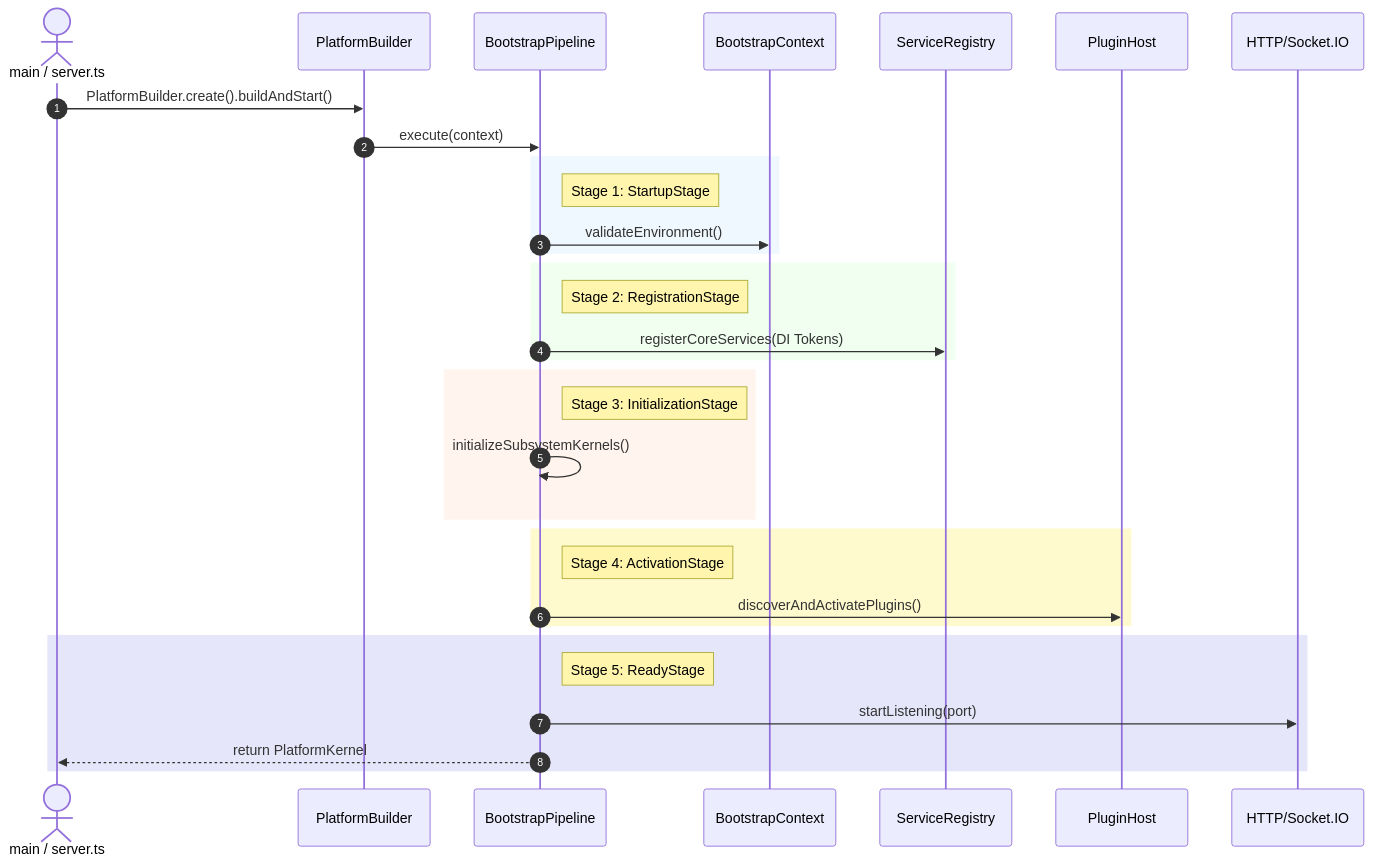
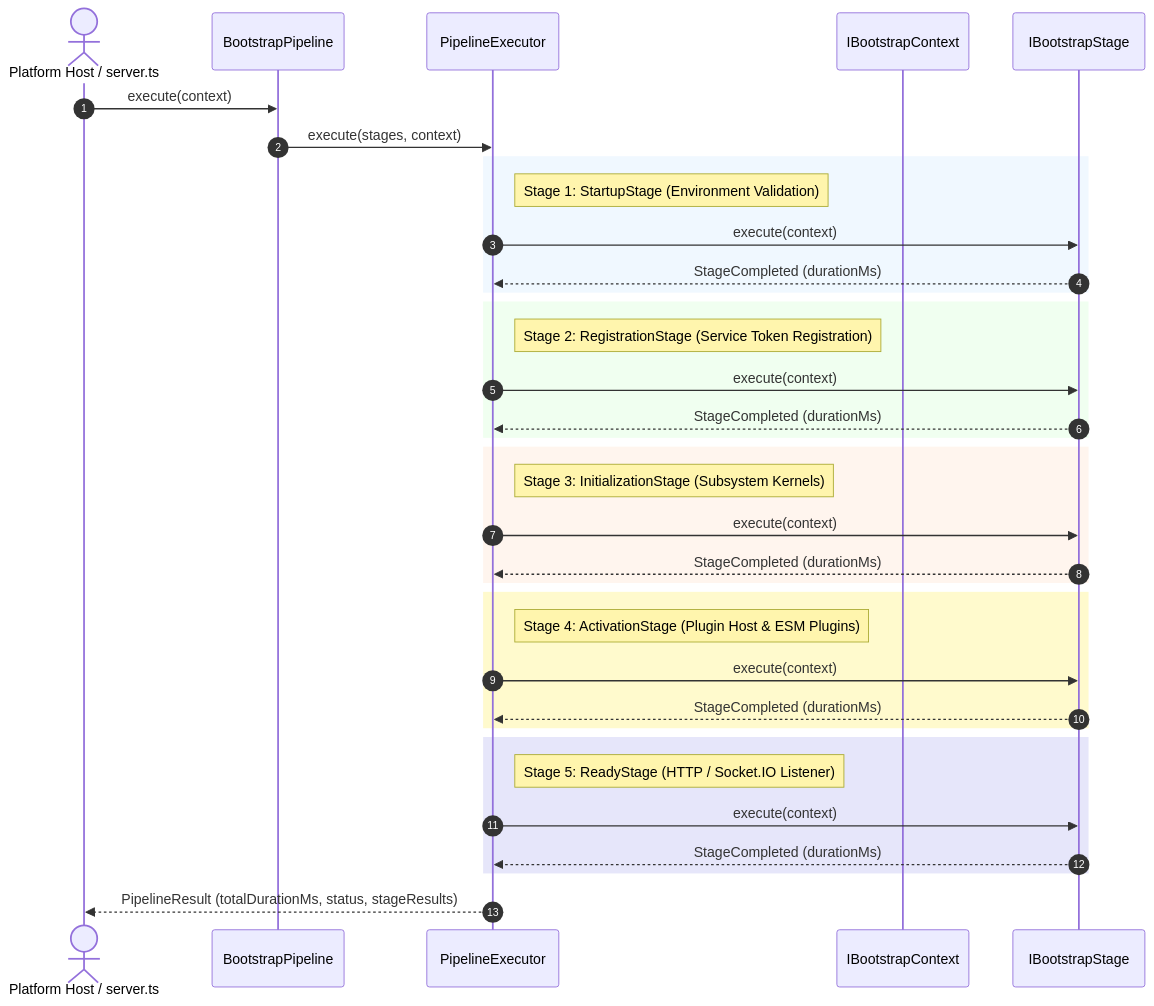
The diagram in docs/Bootstrap Pipeline.md (aymwoo/OpenLearn-Next-V2), drawn with Mermaid before and after one commit. The commit also changed other lines of this file and 8 other files, not shown here.

Commit message:
feat(kernel): implement bootstrap pipeline (PI-003)

````diff
--- a/docs/Bootstrap Pipeline.md
+++ b/docs/Bootstrap Pipeline.md
@@ -11,40 +13,44 @@
 ```mermaid
 sequenceDiagram
     autonumber
-    actor CLI as main / server.ts
-    participant Builder as PlatformBuilder
+    actor CLI as Platform Host / server.ts
     participant Pipeline as BootstrapPipeline
-    participant Context as BootstrapContext
-    participant Registry as ServiceRegistry
-    participant Plugins as PluginHost
-    participant Server as HTTP/Socket.IO
+    participant Executor as PipelineExecutor
+    participant Context as IBootstrapContext
+    participant Stage as IBootstrapStage
 
-    CLI->>Builder: PlatformBuilder.create().buildAndStart()
-    Builder->>Pipeline: execute(context)
+    CLI->>Pipeline: execute(context)
+    Pipeline->>Executor: execute(stages, context)
 
     rect rgb(240, 248, 255)
-        note right of Pipeline: Stage 1: StartupStage
-        Pipeline->>Context: validateEnvironment()
+        note right of Executor: Stage 1: StartupStage (Environment Validation)
+        Executor->>Stage: execute(context)
+        Stage-->>Executor: StageCompleted (durationMs)
     end
 
     rect rgb(240, 255, 240)
-        note right of Pipeline: Stage 2: RegistrationStage
-        Pipeline->>Registry: registerCoreServices(DI Tokens)
+        note right of Executor: Stage 2: RegistrationStage (Service Token Registration)
+        Executor->>Stage: execute(context)
+        Stage-->>Executor: StageCompleted (durationMs)
     end
 
     rect rgb(255, 245, 238)
-        note right of Pipeline: Stage 3: InitializationStage
-        Pipeline->>Pipeline: initializeSubsystemKernels()
+        note right of Executor: Stage 3: InitializationStage (Subsystem Kernels)
+        Executor->>Stage: execute(context)
+        Stage-->>Executor: StageCompleted (durationMs)
     end
 
     rect rgb(255, 250, 205)
-        note right of Pipeline: Stage 4: ActivationStage
-        Pipeline->>Plugins: discoverAndActivatePlugins()
+        note right of Executor: Stage 4: ActivationStage (Plugin Host & ESM Plugins)
+        Executor->>Stage: execute(context)
+        Stage-->>Executor: StageCompleted (durationMs)
     end
 
     rect rgb(230, 230, 250)
-        note right of Pipeline: Stage 5: ReadyStage
-        Pipeline->>Server: startListening(port)
-        Pipeline-->>CLI: return PlatformKernel
+        note right of Executor: Stage 5: ReadyStage (HTTP / Socket.IO Listener)
+        Executor->>Stage: execute(context)
+        Stage-->>Executor: StageCompleted (durationMs)
     end
+
+    Executor-->>CLI: PipelineResult (totalDurationMs, status, stageResults)
 ```
````
